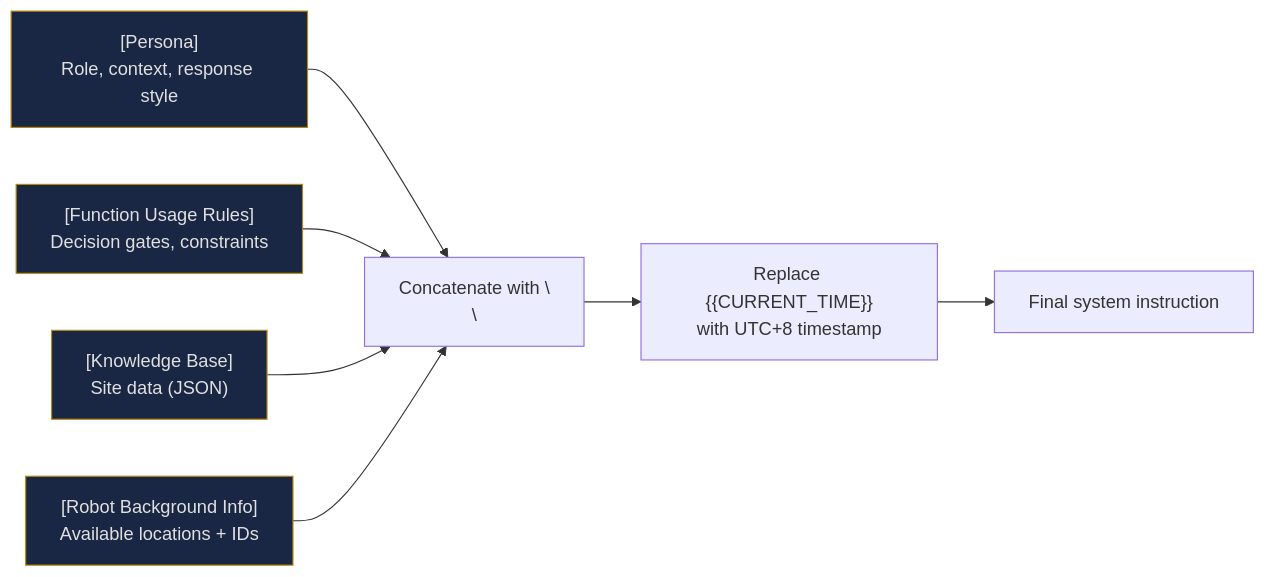
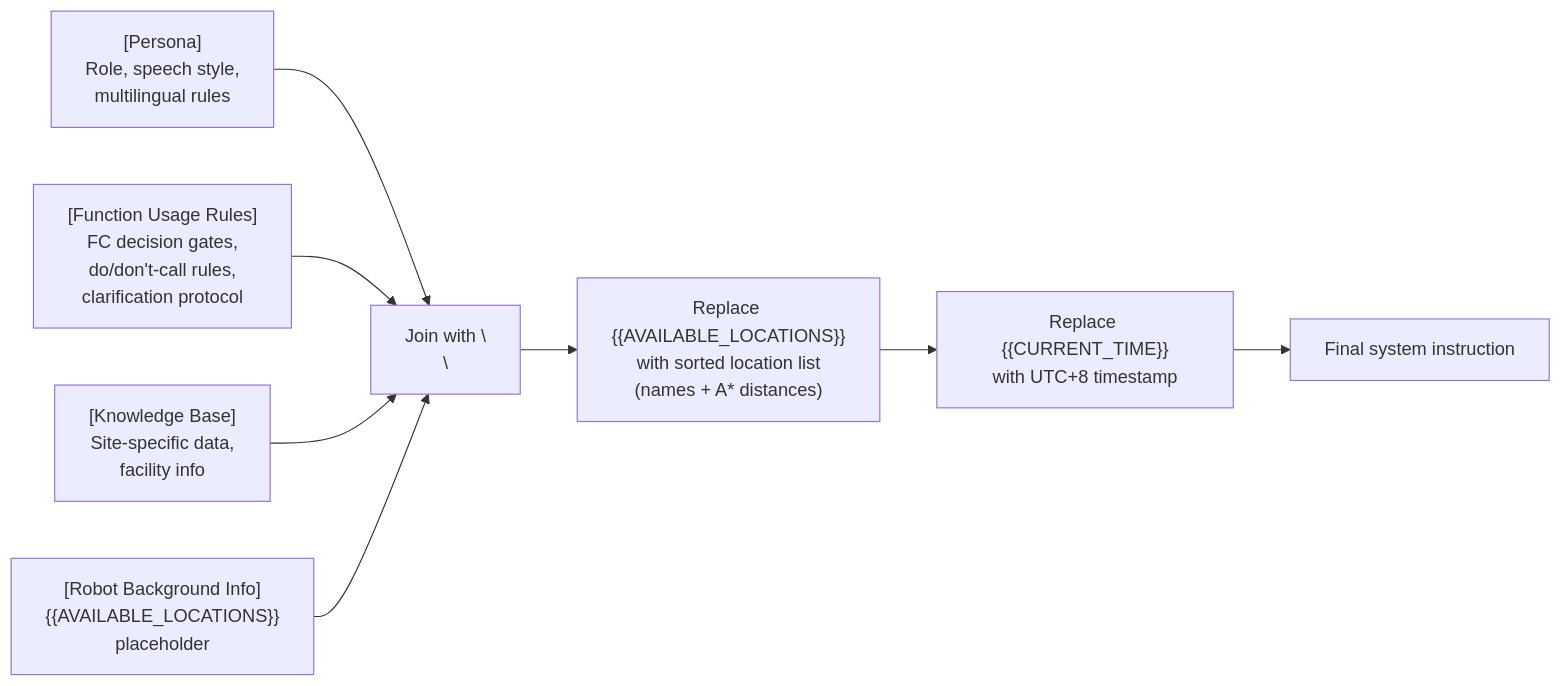
Diagram 11 of 12 in docs/architecture.md (sigmarobotics/kachaka-gemini), drawn with Mermaid before and after one commit. The commit also changed other lines of this file and 1 other file, not shown here.

First line of the commit message:
docs: rewrite README and architecture doc from codebase scan

````diff
--- a/docs/architecture.md
+++ b/docs/architecture.md
@@ -640,14 +881,11 @@
 ```mermaid
 graph LR
-    P["[Persona]<br/>Role, context, response style"] --> JOIN
-    FK["[Function Usage Rules]<br/>Decision gates, constraints"] --> JOIN
-    KB["[Knowledge Base]<br/>Site data (JSON)"] --> JOIN
-    RBI["[Robot Background Info]<br/>Available locations + IDs"] --> JOIN
-    JOIN["Concatenate with \\n\\n"] --> REPLACE["Replace {{CURRENT_TIME}}<br/>with UTC+8 timestamp"]
-    REPLACE --> PROMPT["Final system instruction"]
+    P["[Persona]<br/>Role, speech style,<br/>multilingual rules"] --> JOIN
+    FK["[Function Usage Rules]<br/>FC decision gates,<br/>do/don't-call rules,<br/>clarification protocol"] --> JOIN
+    KB["[Knowledge Base]<br/>Site-specific data,<br/>facility info"] --> JOIN
+    RBI["[Robot Background Info]<br/>{{AVAILABLE_LOCATIONS}}<br/>placeholder"] --> JOIN
 
-    style P fill:#1a2744,stroke:#b8860b,color:#e0e0e0
-    style FK fill:#1a2744,stroke:#b8860b,color:#e0e0e0
-    style KB fill:#1a2744,stroke:#b8860b,color:#e0e0e0
-    style RBI fill:#1a2744,stroke:#b8860b,color:#e0e0e0
+    JOIN["Join with \\n\\n"] --> SUB1["Replace {{AVAILABLE_LOCATIONS}}<br/>with sorted location list<br/>(names + A* distances)"]
+    SUB1 --> SUB2["Replace {{CURRENT_TIME}}<br/>with UTC+8 timestamp"]
+    SUB2 --> PROMPT["Final system instruction"]
 ```
````
